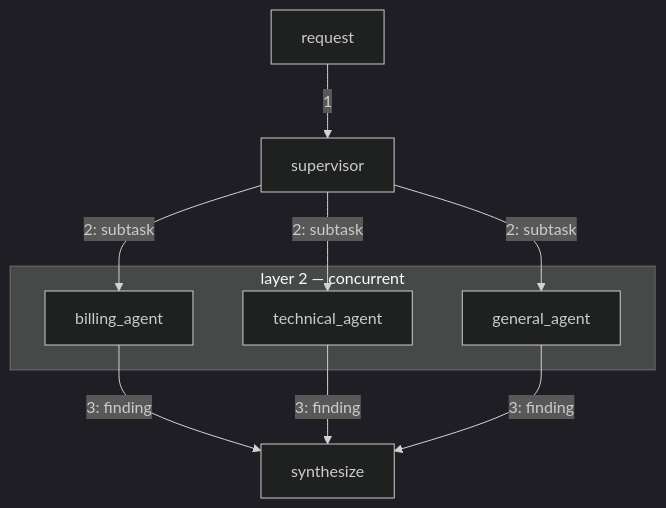
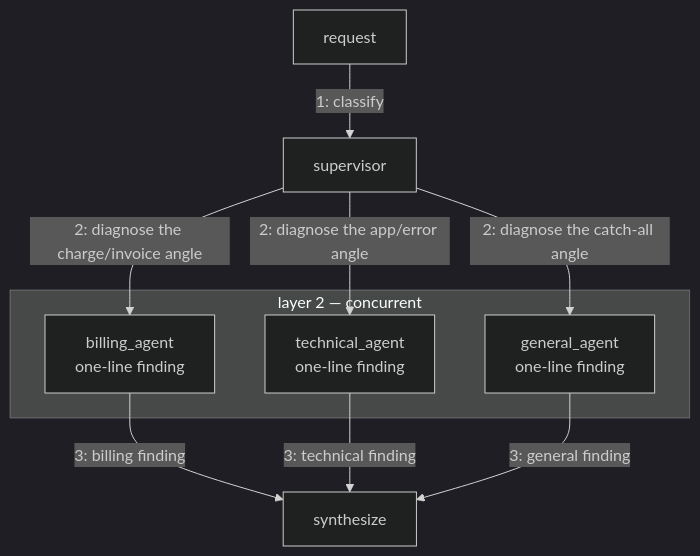
Before and after one commit to RhysBuilds93/praximetry: the seventh of 11 diagrams in src/praximetry/examples/workflows/ARCHITECTURES.md, drawn with Mermaid (dark theme). The commit also changed other lines of this file, not shown here.

Commit message:
Label supervisor-delegation diagram edges with each agent's actual task
Every agent shares the same prompt template; the domain-specific task
comes from which agent got invoked, not a different template. Spell
that out on the step-2 edges instead of a generic 'subtask' label.

````diff
--- a/src/praximetry/examples/workflows/ARCHITECTURES.md
+++ b/src/praximetry/examples/workflows/ARCHITECTURES.md
@@ -200,15 +200,15 @@
 ```mermaid
 graph TD
-    R[request] -->|1| A[supervisor]
-    A -->|"2: subtask"| B[billing_agent]
-    A -->|"2: subtask"| C[technical_agent]
-    A -->|"2: subtask"| D[general_agent]
+    R[request] -->|"1: classify"| A[supervisor]
+    A -->|"2: diagnose the charge/invoice angle"| B["billing_agent<br/>one-line finding"]
+    A -->|"2: diagnose the app/error angle"| C["technical_agent<br/>one-line finding"]
+    A -->|"2: diagnose the catch-all angle"| D["general_agent<br/>one-line finding"]
     subgraph "layer 2 — concurrent"
         B
         C
         D
     end
-    B -->|"3: finding"| E[synthesize]
-    C -->|"3: finding"| E
-    D -->|"3: finding"| E
+    B -->|"3: billing finding"| E[synthesize]
+    C -->|"3: technical finding"| E
+    D -->|"3: general finding"| E
 ```
````
